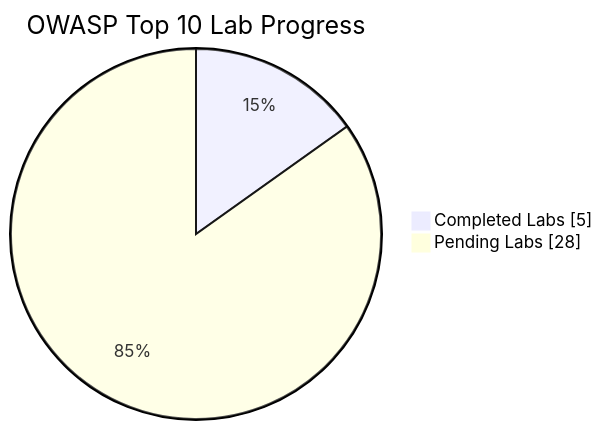
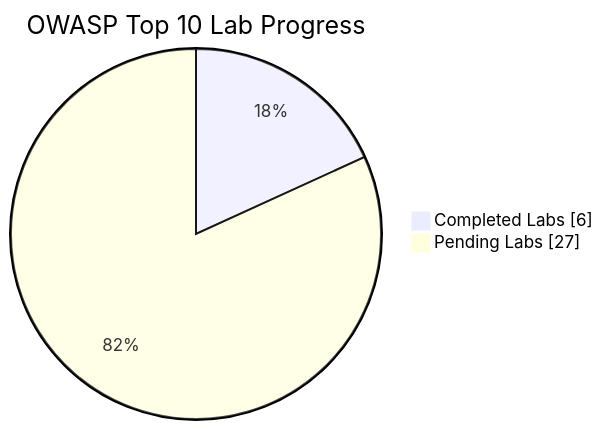
One commit to Nish344/owasp-top10-web-security changed the diagram in README.md. Above: the diagram before and after it, drawn with Mermaid. The commit also changed other lines of this file and 1 other file, not shown here.

````diff
--- a/README.md
+++ b/README.md
@@ -12,6 +12,6 @@
 ```mermaid
 pie showData
   title OWASP Top 10 Lab Progress
-  "Completed Labs" : 5
-  "Pending Labs" : 28
+  "Completed Labs" : 6
+  "Pending Labs" : 27
 ```
````
